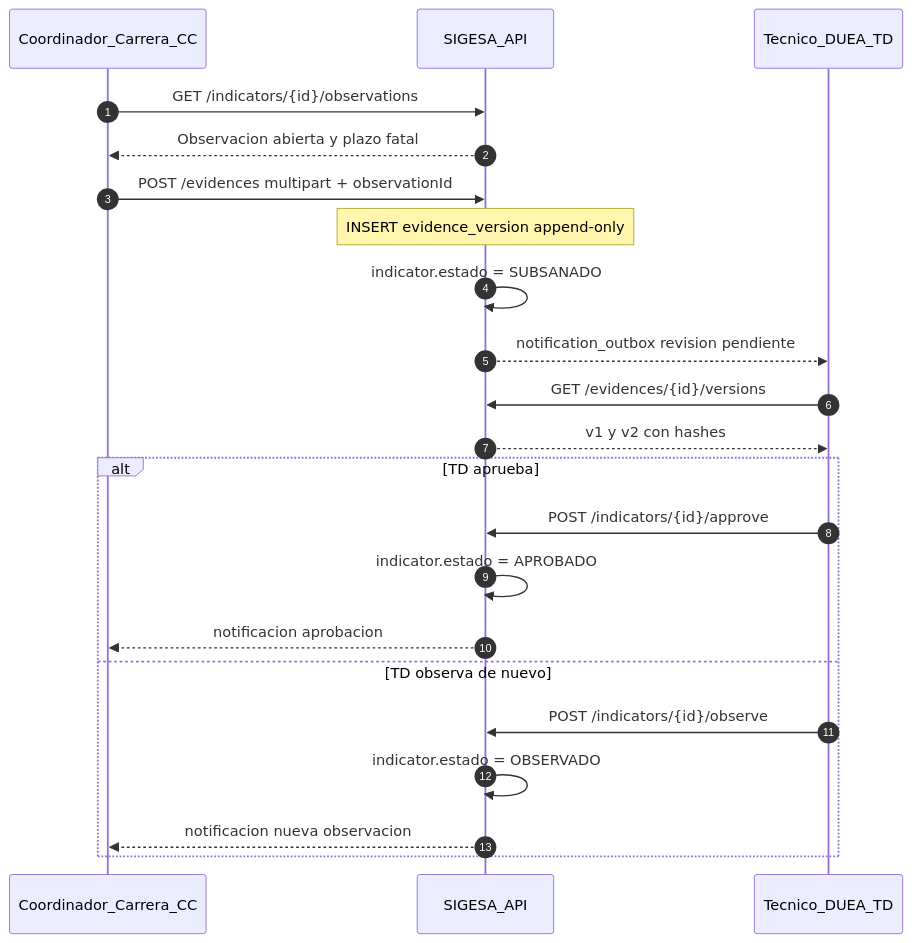
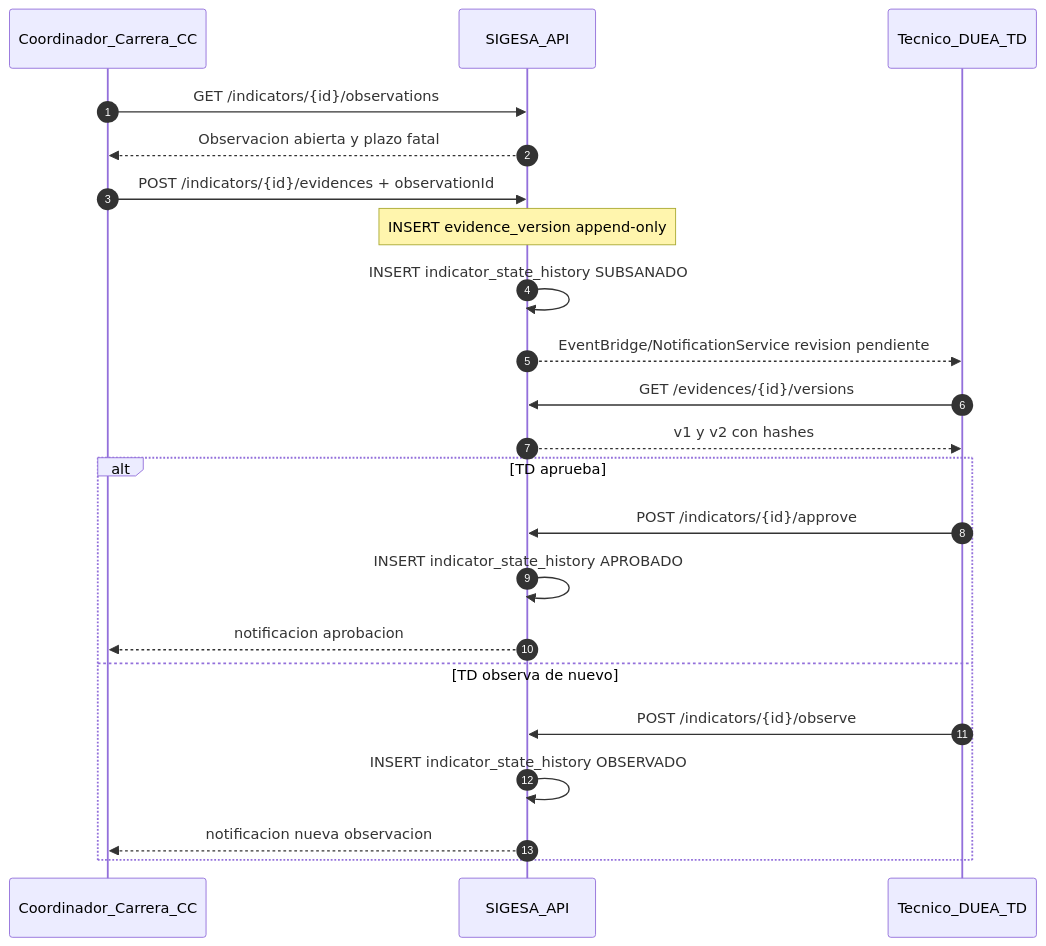
One commit to AcredIA-UMSS/sigesa-docs changed the diagram in docs/07_diagramas/UC01_secuencia.mmd. Above: the diagram before and after it, drawn with Mermaid. The commit also changed 40 other files, not shown here.

First line of the commit message:
docs(dti): align SIGESA cloud architecture v1

```diff
--- a/docs/07_diagramas/UC01_secuencia.mmd
+++ b/docs/07_diagramas/UC01_secuencia.mmd
@@ -1,30 +1,30 @@
 %% FSD-UC-006 Subsanar Evidencia — Secuencia
 %% Fuente: team/alexAlvarez/docs/03_prd/user_journeys.md §1.1
 %% Trazabilidad: PRD-US-003, PRD-US-025 | FSD-BR-06
 
 sequenceDiagram
     autonumber
     participant CC as Coordinador_Carrera_CC
     participant SYS as SIGESA_API
     participant TD as Tecnico_DUEA_TD
 
     CC->>SYS: GET /indicators/{id}/observations
     SYS-->>CC: Observacion abierta y plazo fatal
 
-    CC->>SYS: POST /evidences multipart + observationId
+    CC->>SYS: POST /indicators/{id}/evidences + observationId
     Note over SYS: INSERT evidence_version append-only
-    SYS->>SYS: indicator.estado = SUBSANADO
-    SYS-->>TD: notification_outbox revision pendiente
+    SYS->>SYS: INSERT indicator_state_history SUBSANADO
+    SYS-->>TD: EventBridge/NotificationService revision pendiente
 
     TD->>SYS: GET /evidences/{id}/versions
     SYS-->>TD: v1 y v2 con hashes
 
     alt TD aprueba
         TD->>SYS: POST /indicators/{id}/approve
-        SYS->>SYS: indicator.estado = APROBADO
+        SYS->>SYS: INSERT indicator_state_history APROBADO
         SYS-->>CC: notificacion aprobacion
     else TD observa de nuevo
         TD->>SYS: POST /indicators/{id}/observe
-        SYS->>SYS: indicator.estado = OBSERVADO
+        SYS->>SYS: INSERT indicator_state_history OBSERVADO
         SYS-->>CC: notificacion nueva observacion
     end
```
